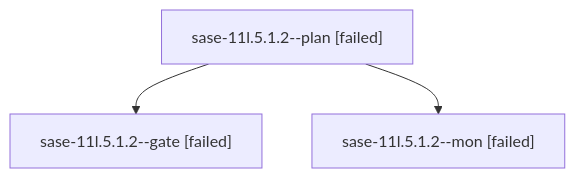
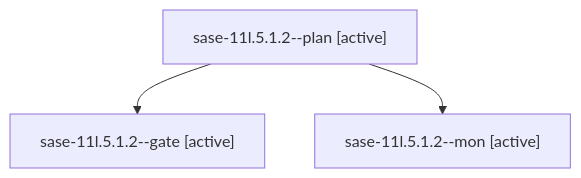
One commit to sase-org/sase--agents changed the diagram in families/bbugyi200.athena.sase-11l.5.1.2.md. Above: the diagram before and after it, drawn with Mermaid. The commit also changed other lines of this file and 159 other files, not shown here.

````diff
--- a/families/bbugyi200.athena.sase-11l.5.1.2.md
+++ b/families/bbugyi200.athena.sase-11l.5.1.2.md
@@ -9,8 +9,8 @@
 ```mermaid
 flowchart TD
-  n0["sase-11l.5.1.2--plan [failed]"]
-  n1["sase-11l.5.1.2--gate [failed]"]
+  n0["sase-11l.5.1.2--plan [active]"]
+  n1["sase-11l.5.1.2--gate [active]"]
   n0 --> n1
-  n2["sase-11l.5.1.2--mon [failed]"]
+  n2["sase-11l.5.1.2--mon [active]"]
   n0 --> n2
 ```
````
